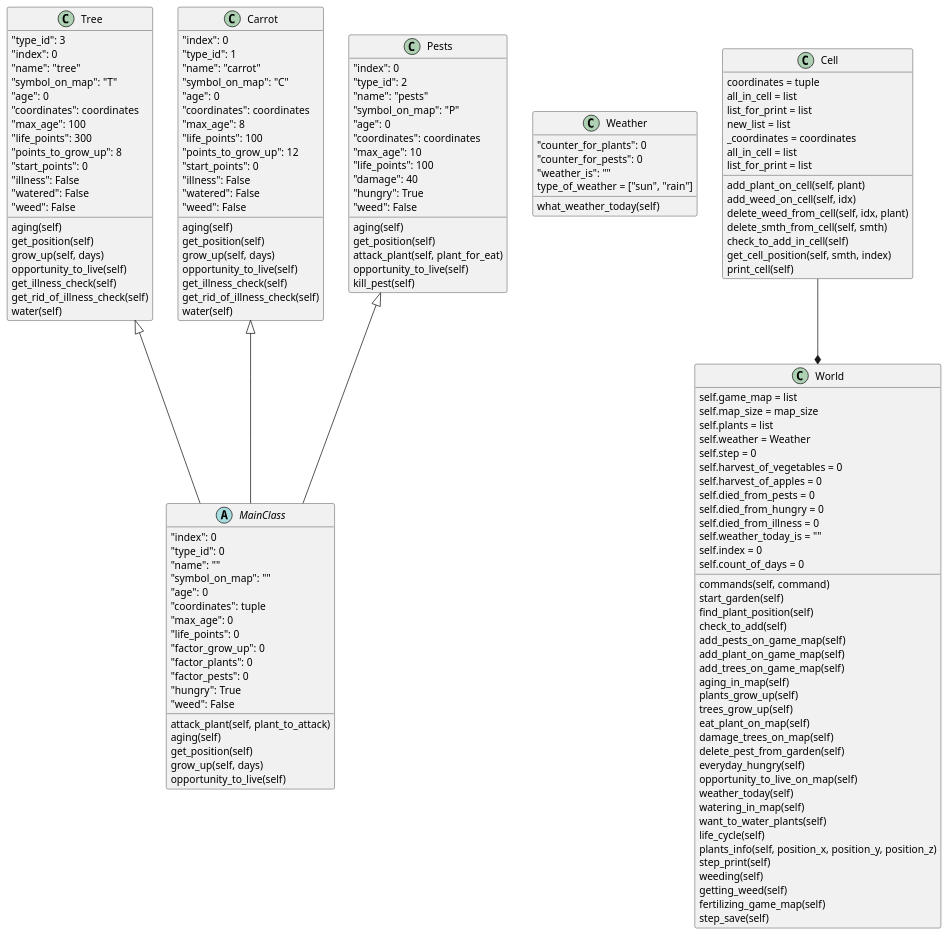
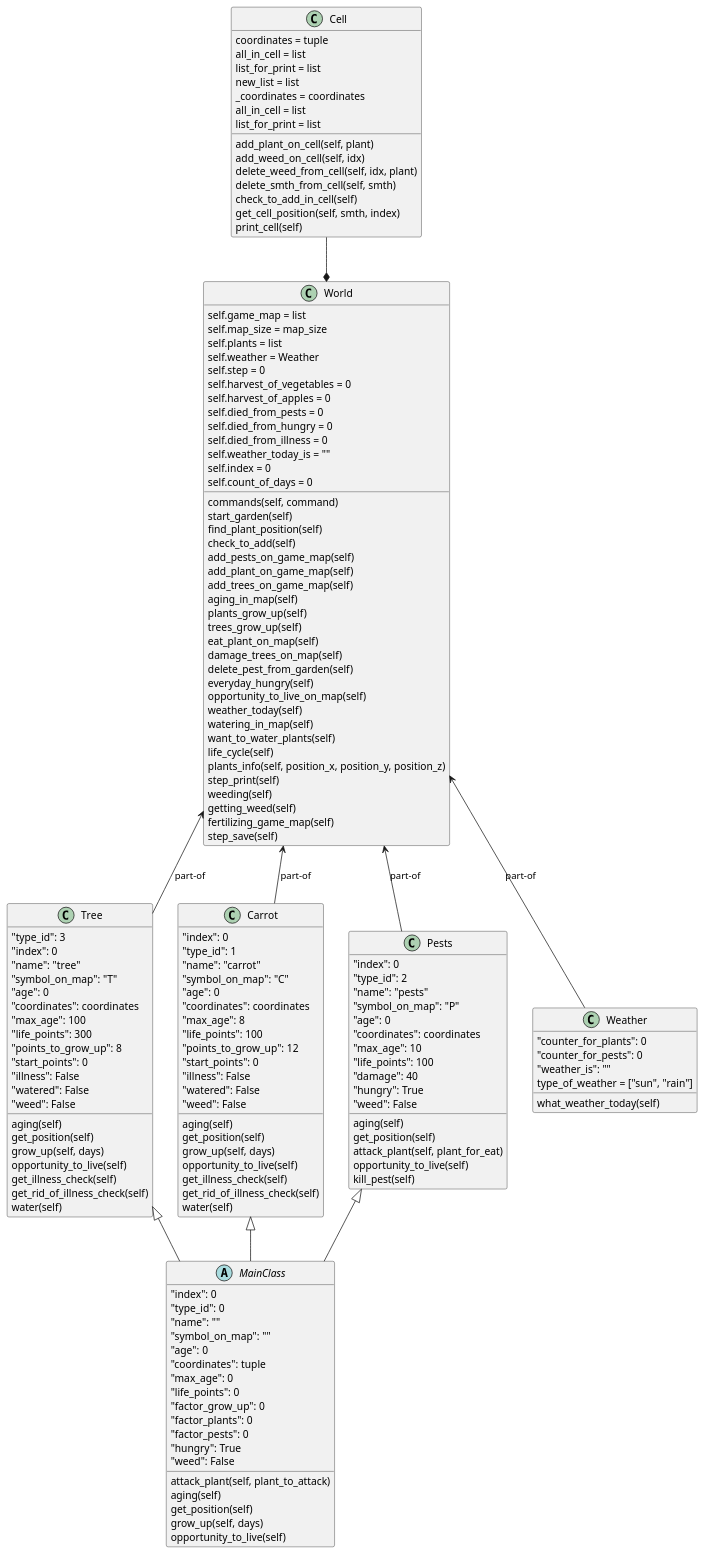
The first of 2 diagrams in 1lab_garden/diagrams.puml (Gol4m/Enter-name-labs), drawn with PlantUML before and after one commit. The commit also changed 1 other file, not shown here.

```diff
--- a/1lab_garden/diagrams.puml
+++ b/1lab_garden/diagrams.puml
@@ -1,168 +1,173 @@
 @startuml
 
 abstract class MainClass{
         "index": 0
         "type_id": 0
         "name": ""
         "symbol_on_map": ""
         "age": 0
         "coordinates": tuple
         "max_age": 0
         "life_points": 0
         "factor_grow_up": 0
         "factor_plants": 0
         "factor_pests": 0
         "hungry": True
         "weed": False
 
         attack_plant(self, plant_to_attack)
         aging(self)
         get_position(self)
         grow_up(self, days)
         opportunity_to_live(self)
 }
 
 class Tree{
         "type_id": 3
         "index": 0
         "name": "tree"
         "symbol_on_map": "T"
         "age": 0
         "coordinates": coordinates
         "max_age": 100
         "life_points": 300
         "points_to_grow_up": 8
         "start_points": 0
         "illness": False
         "watered": False
         "weed": False
 
         aging(self)
         get_position(self)
         grow_up(self, days)
         opportunity_to_live(self)
         get_illness_check(self)
         get_rid_of_illness_check(self)
         water(self)
 }
 
 class Carrot{
             "index": 0
             "type_id": 1
             "name": "carrot"
             "symbol_on_map": "C"
             "age": 0
             "coordinates": coordinates
             "max_age": 8
             "life_points": 100
             "points_to_grow_up": 12
             "start_points": 0
             "illness": False
             "watered": False
             "weed": False
 
             aging(self)
             get_position(self)
             grow_up(self, days)
             opportunity_to_live(self)
             get_illness_check(self)
             get_rid_of_illness_check(self)
             water(self)
 }
 
 class Pests{
             "index": 0
             "type_id": 2
             "name": "pests"
             "symbol_on_map": "P"
             "age": 0
             "coordinates": coordinates
             "max_age": 10
             "life_points": 100
             "damage": 40
             "hungry": True
             "weed": False
 
             aging(self)
             get_position(self)
             attack_plant(self, plant_for_eat)
             opportunity_to_live(self)
             kill_pest(self)
 }
 
 class Weather{
         "counter_for_plants": 0
         "counter_for_pests": 0
         "weather_is": ""
         type_of_weather = ["sun", "rain"]
 
         what_weather_today(self)
 }
 
 class World{
         self.game_map = list
         self.map_size = map_size
         self.plants = list
         self.weather = Weather
         self.step = 0
         self.harvest_of_vegetables = 0
         self.harvest_of_apples = 0
         self.died_from_pests = 0
         self.died_from_hungry = 0
         self.died_from_illness = 0
         self.weather_today_is = ""
         self.index = 0
         self.count_of_days = 0
 
         commands(self, command)
         start_garden(self)
         find_plant_position(self)
         check_to_add(self)
         add_pests_on_game_map(self)
         add_plant_on_game_map(self)
         add_trees_on_game_map(self)
         aging_in_map(self)
         plants_grow_up(self)
         trees_grow_up(self)
         eat_plant_on_map(self)
         damage_trees_on_map(self)
         delete_pest_from_garden(self)
         everyday_hungry(self)
         opportunity_to_live_on_map(self)
         weather_today(self)
         watering_in_map(self)
         want_to_water_plants(self)
         life_cycle(self)
         plants_info(self, position_x, position_y, position_z)
         step_print(self)
         weeding(self)
         getting_weed(self)
         fertilizing_game_map(self)
         step_save(self)
 }
 
 class Cell{
             coordinates = tuple
             all_in_cell = list
             list_for_print = list
             new_list = list
             _coordinates = coordinates
             all_in_cell = list
             list_for_print = list
 
             add_plant_on_cell(self, plant)
             add_weed_on_cell(self, idx)
             delete_weed_from_cell(self, idx, plant)
             delete_smth_from_cell(self, smth)
             check_to_add_in_cell(self)
             get_cell_position(self, smth, index)
             print_cell(self)
 }
 
 Tree <|-- MainClass
 Carrot <|-- MainClass
 Pests <|-- MainClass
 
 Cell --* World
 
+World <-- Weather: part-of
+World <-- Tree: part-of
+World <-- Carrot: part-of
+World <-- Pests: part-of
+
 @enduml
```
